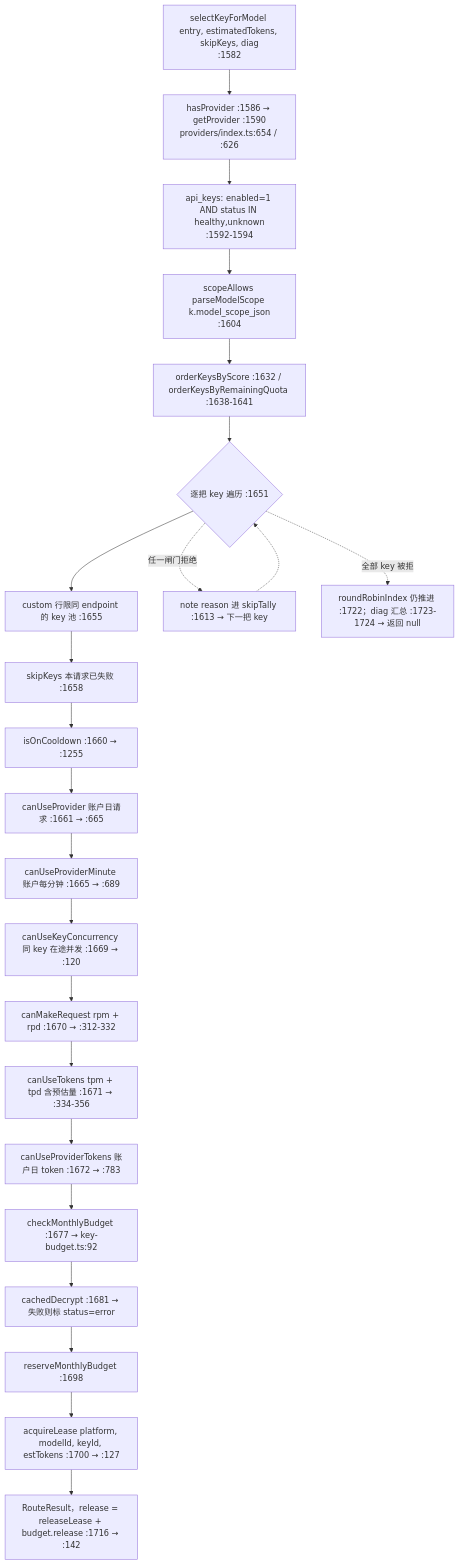
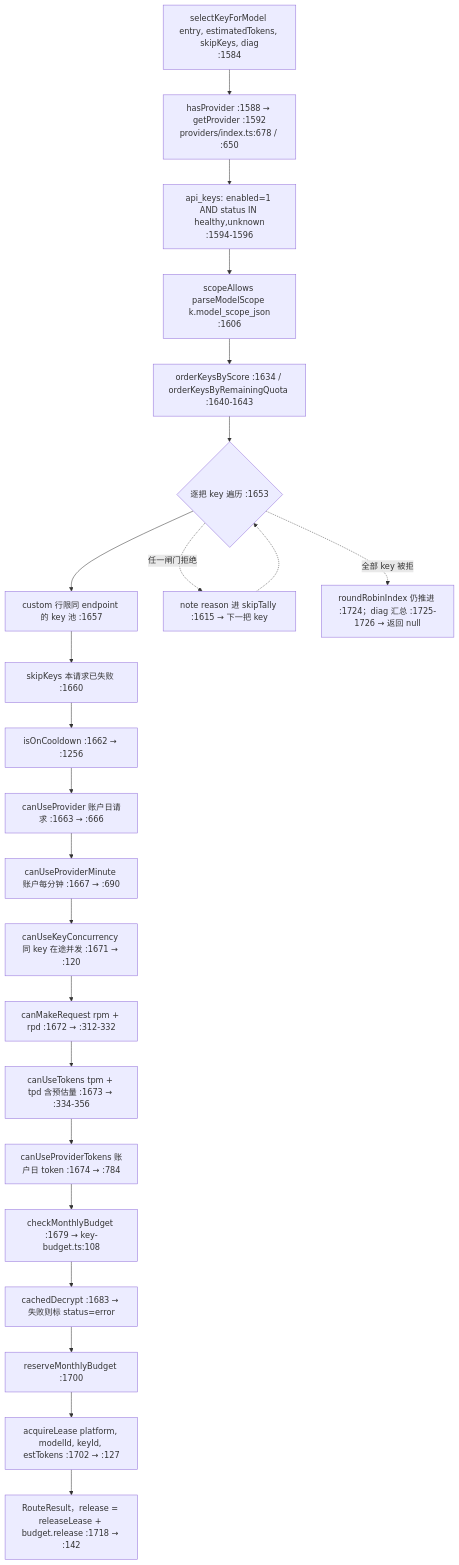
Before and after one commit to adrian9778/freellmapi: the fifth of 8 diagrams in docs/adrian/sourceReader/03-详细逐步说明-主链路拆解.md, drawn with Mermaid. The commit also changed other lines of this file and 12 other files, not shown here.

````diff
--- a/docs/adrian/sourceReader/03-详细逐步说明-主链路拆解.md
+++ b/docs/adrian/sourceReader/03-详细逐步说明-主链路拆解.md
@@ -356,26 +356,26 @@
 ```mermaid
 flowchart TD
-    S[selectKeyForModel entry, estimatedTokens, skipKeys, diag<br/>:1582]
-    S --> B0[hasProvider :1586 → getProvider :1590<br/>providers/index.ts:654 / :626]
-    B0 --> B1[api_keys: enabled=1 AND status IN healthy,unknown<br/>:1592-1594]
-    B1 --> B2[scopeAllows parseModelScope k.model_scope_json<br/>:1604]
-    B2 --> B3[orderKeysByScore :1632 / orderKeysByRemainingQuota :1638-1641]
-    B3 --> F{逐把 key 遍历 :1651}
-    F --> C1[custom 行限同 endpoint 的 key 池 :1655]
-    C1 --> C2[skipKeys 本请求已失败 :1658]
-    C2 --> C3[isOnCooldown :1660 → :1255]
-    C3 --> C4[canUseProvider 账户日请求 :1661 → :665]
-    C4 --> C5[canUseProviderMinute 账户每分钟 :1665 → :689]
-    C5 --> C6[canUseKeyConcurrency 同 key 在途并发 :1669 → :120]
-    C6 --> C7[canMakeRequest rpm + rpd :1670 → :312-332]
-    C7 --> C8[canUseTokens tpm + tpd 含预估量 :1671 → :334-356]
-    C8 --> C9[canUseProviderTokens 账户日 token :1672 → :783]
-    C9 --> C10[checkMonthlyBudget :1677 → key-budget.ts:92]
-    C10 --> C11[cachedDecrypt :1681 → 失败则标 status=error]
-    C11 --> C12[reserveMonthlyBudget :1698]
-    C12 --> C13[acquireLease platform, modelId, keyId, estTokens :1700 → :127]
-    C13 --> R[RouteResult，release = releaseLease + budget.release :1716 → :142]
-    F -.任一闸门拒绝.-> N[note reason 进 skipTally :1613 → 下一把 key]
+    S[selectKeyForModel entry, estimatedTokens, skipKeys, diag<br/>:1584]
+    S --> B0[hasProvider :1588 → getProvider :1592<br/>providers/index.ts:678 / :650]
+    B0 --> B1[api_keys: enabled=1 AND status IN healthy,unknown<br/>:1594-1596]
+    B1 --> B2[scopeAllows parseModelScope k.model_scope_json<br/>:1606]
+    B2 --> B3[orderKeysByScore :1634 / orderKeysByRemainingQuota :1640-1643]
+    B3 --> F{逐把 key 遍历 :1653}
+    F --> C1[custom 行限同 endpoint 的 key 池 :1657]
+    C1 --> C2[skipKeys 本请求已失败 :1660]
+    C2 --> C3[isOnCooldown :1662 → :1256]
+    C3 --> C4[canUseProvider 账户日请求 :1663 → :666]
+    C4 --> C5[canUseProviderMinute 账户每分钟 :1667 → :690]
+    C5 --> C6[canUseKeyConcurrency 同 key 在途并发 :1671 → :120]
+    C6 --> C7[canMakeRequest rpm + rpd :1672 → :312-332]
+    C7 --> C8[canUseTokens tpm + tpd 含预估量 :1673 → :334-356]
+    C8 --> C9[canUseProviderTokens 账户日 token :1674 → :784]
+    C9 --> C10[checkMonthlyBudget :1679 → key-budget.ts:108]
+    C10 --> C11[cachedDecrypt :1683 → 失败则标 status=error]
+    C11 --> C12[reserveMonthlyBudget :1700]
+    C12 --> C13[acquireLease platform, modelId, keyId, estTokens :1702 → :127]
+    C13 --> R[RouteResult，release = releaseLease + budget.release :1718 → :142]
+    F -.任一闸门拒绝.-> N[note reason 进 skipTally :1615 → 下一把 key]
     N -.-> F
-    F -.全部 key 被拒.-> Z[roundRobinIndex 仍推进 :1722；diag 汇总 :1723-1724 → 返回 null]
+    F -.全部 key 被拒.-> Z[roundRobinIndex 仍推进 :1724；diag 汇总 :1725-1726 → 返回 null]
 ```
````
